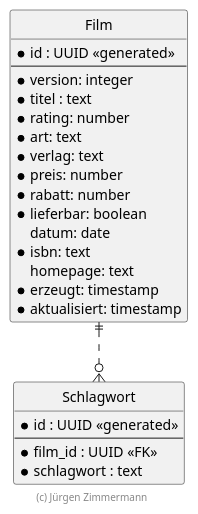
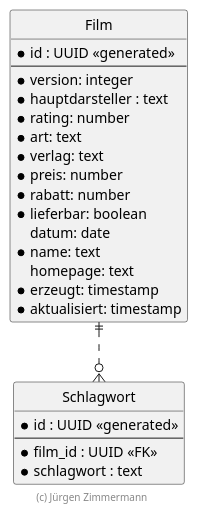
One commit to Yuszi/Film changed the diagram in .extras/doc/entwicklerhandbuch/ER-Diagramm.plantuml. Above: the diagram before and after it, drawn with PlantUML. The commit also changed 35 other files, not shown here.

```diff
--- a/.extras/doc/entwicklerhandbuch/ER-Diagramm.plantuml
+++ b/.extras/doc/entwicklerhandbuch/ER-Diagramm.plantuml
@@ -18,38 +18,38 @@
 @startuml ER Diagramm
 
 ' hide the spot
 hide circle
 
 ' evtl. Prbleme mit Kraehenfuessen vermeiden
 skinparam linetype ortho
 
 entity "Film" {
   *id : UUID <<generated>>
   --
   *version: integer
-  *titel : text
+  *hauptdarsteller : text
   *rating: number
   *art: text
   *verlag: text
   *preis: number
   *rabatt: number
   *lieferbar: boolean
   datum: date
-  *isbn: text
+  *name: text
   homepage: text
   *erzeugt: timestamp
   *aktualisiert: timestamp
 }
 
 entity "Schlagwort" {
   *id : UUID <<generated>>
   --
   *film_id : UUID <<FK>>
   *schlagwort : text
 }
 
 Film ||..o{ Schlagwort
 
 footer (c) Jürgen Zimmermann
 
 @enduml
```
